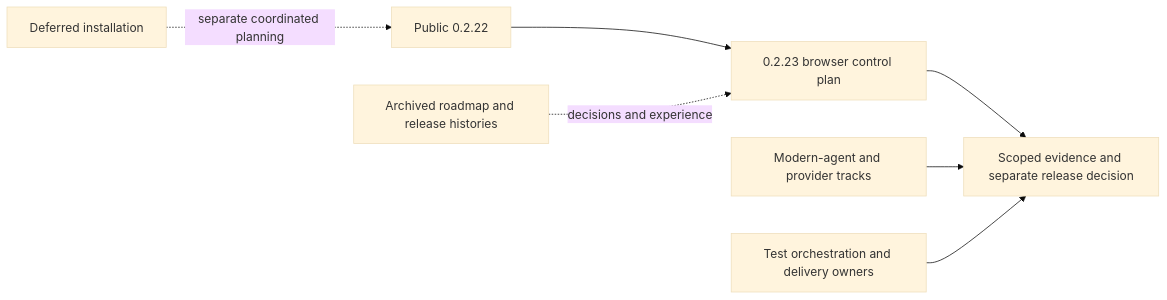
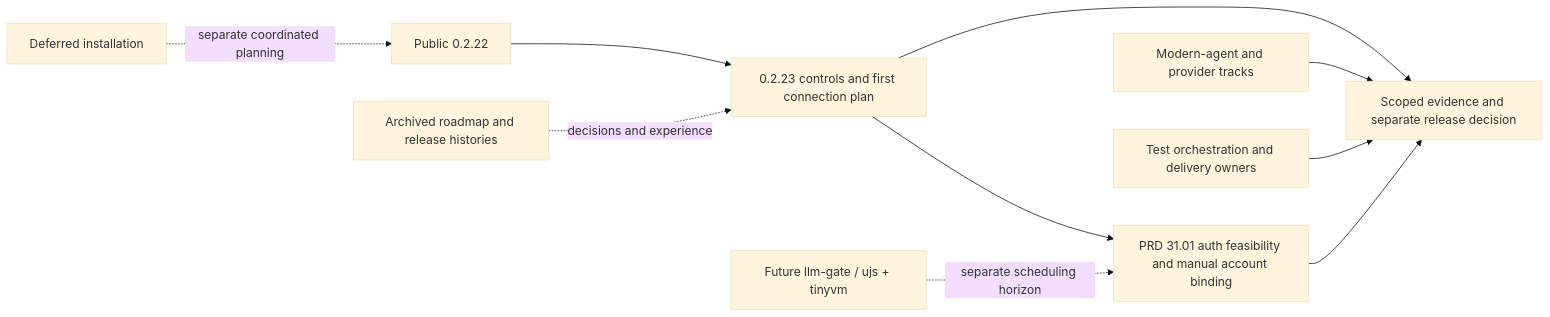
The diagram in plan/plan-v0.2.x-product-roadmap.md (partnernetsoftware/minicon), drawn with Mermaid (base theme) before and after one commit. The commit also changed other lines of this file and 65 other files, not shown here.

Commit message:
feat: connect local harness gateway and unify browser controls

````diff
--- a/plan/plan-v0.2.x-product-roadmap.md
+++ b/plan/plan-v0.2.x-product-roadmap.md
@@ -21,9 +23,12 @@
 ```mermaid
 flowchart LR
-    B[Public 0.2.22] --> P[0.2.23 browser control plan]
+    B[Public 0.2.22] --> P[0.2.23 controls and first connection plan]
+    P --> A[PRD 31.01 auth feasibility and manual account binding]
+    A --> Q
+    F[Future llm-gate / ujs + tinyvm] -. separate scheduling horizon .-> A
     P --> Q[Scoped evidence and separate release decision]
     T[Modern-agent and provider tracks] --> Q
     O[Test orchestration and delivery owners] --> Q
     H[Archived roadmap and release histories] -. decisions and experience .-> P
     I[Deferred installation] -. separate coordinated planning .-> B
 ```
````
